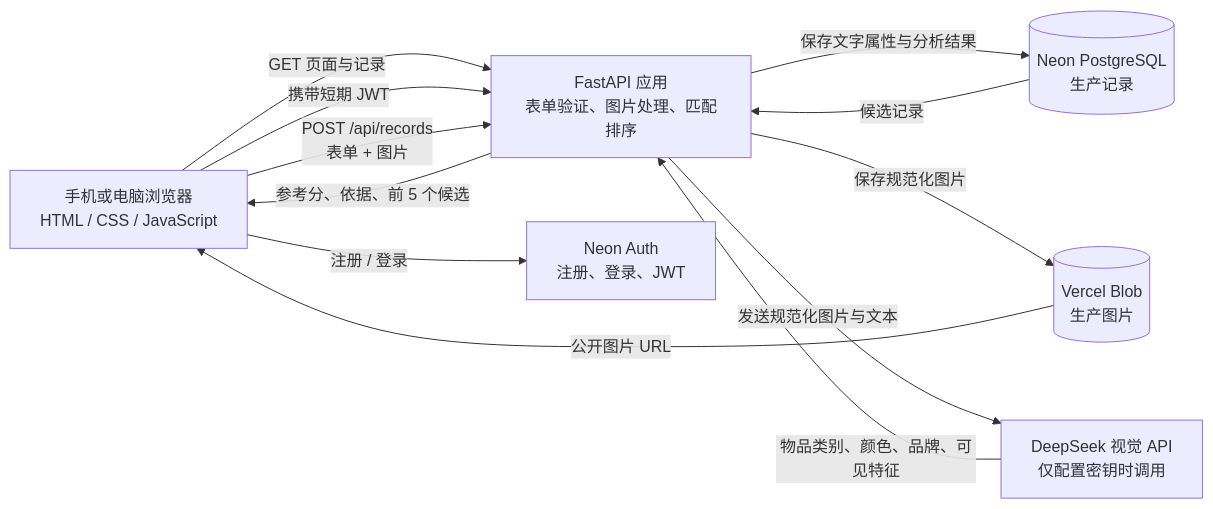
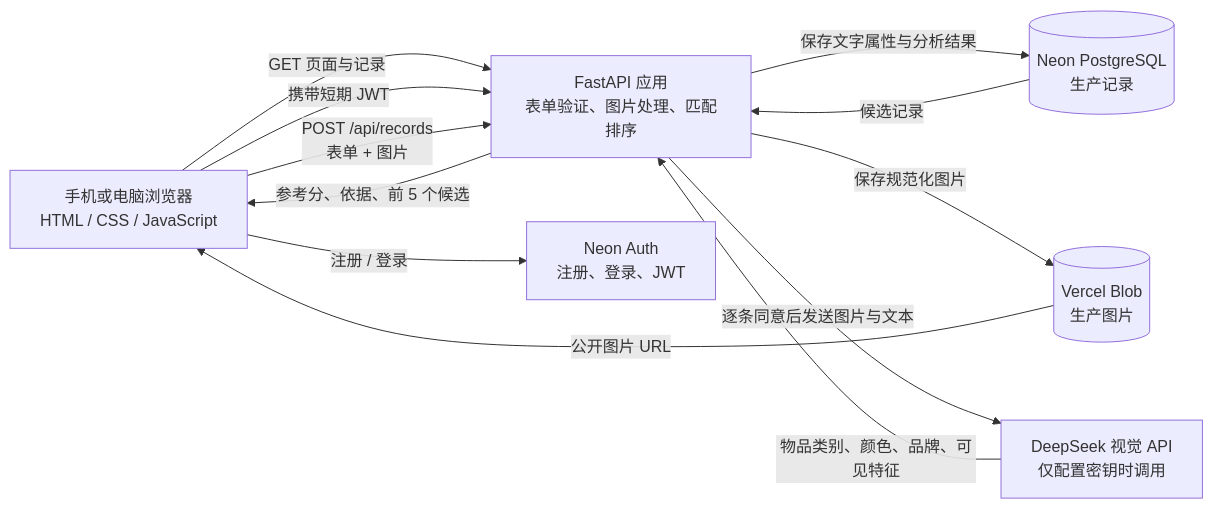
One commit to jiejie0624/lost-found-photo-matching changed the diagram in outputs/SYSTEM_ARCHITECTURE.md. Above: the diagram before and after it, drawn with Mermaid. The commit also changed 4 other files, not shown here.

````diff
--- a/outputs/SYSTEM_ARCHITECTURE.md
+++ b/outputs/SYSTEM_ARCHITECTURE.md
@@ -7,21 +7,21 @@
 ```mermaid
 flowchart LR
     U[手机或电脑浏览器<br/>HTML / CSS / JavaScript]
     A[FastAPI 应用<br/>表单验证、图片处理、匹配排序]
     AUTH[Neon Auth<br/>注册、登录、JWT]
     DB[(Neon PostgreSQL<br/>生产记录)]
     IMG[(Vercel Blob<br/>生产图片)]
     DS[DeepSeek 视觉 API<br/>仅配置密钥时调用]
 
     U -->|GET 页面与记录| A
     U -->|注册 / 登录| AUTH
     U -->|携带短期 JWT| A
     U -->|POST /api/records<br/>表单 + 图片| A
     A -->|保存文字属性与分析结果| DB
     A -->|保存规范化图片| IMG
-    A -->|发送规范化图片与文本| DS
+    A -->|逐条同意后发送图片与文本| DS
     DS -->|物品类别、颜色、品牌、可见特征| A
     A -->|参考分、依据、前 5 个候选| U
     DB -->|候选记录| A
     IMG -->|公开图片 URL| U
 ```
````
